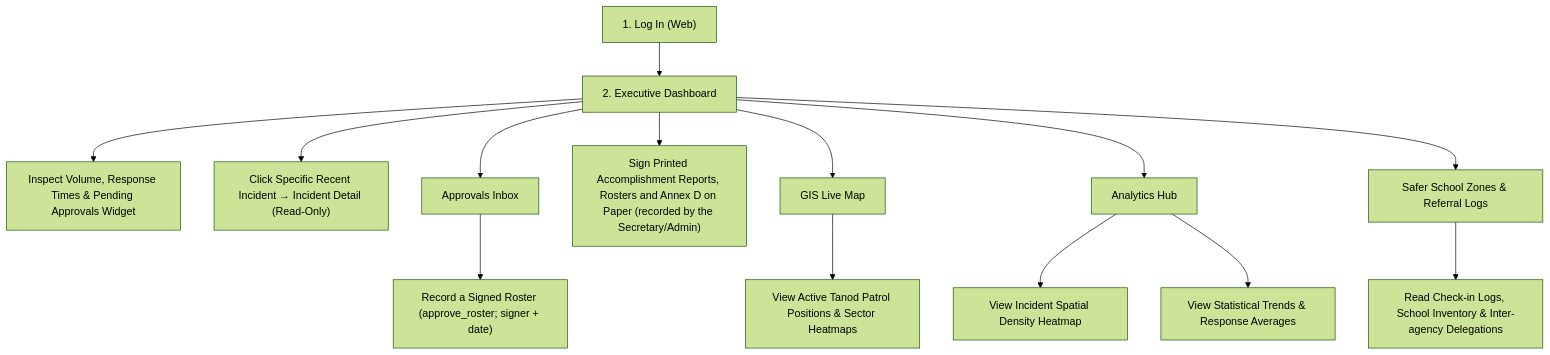
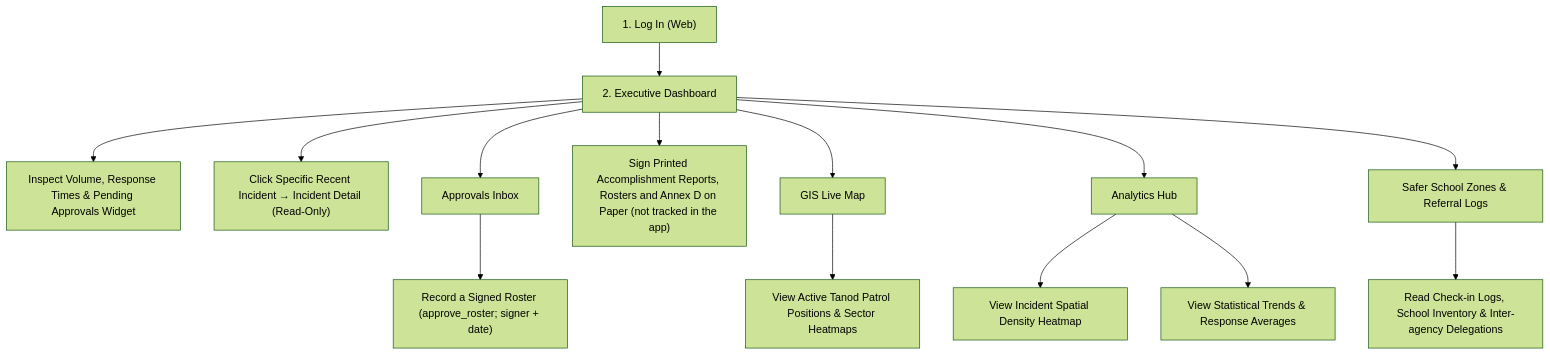
The third of 13 diagrams in docs/WORKFLOWS_AND_RULES.md (jpbuenosaires/Baranguard), drawn with Mermaid (forest theme) before and after one commit. The commit also changed other lines of this file and 7 other files, not shown here.

````diff
--- a/docs/WORKFLOWS_AND_RULES.md
+++ b/docs/WORKFLOWS_AND_RULES.md
@@ -141,21 +141,21 @@
 ```mermaid
 flowchart TD
     Login["1. Log In (Web)"] --> Dash["2. Executive Dashboard"]
     
     Dash --> ViewKPI["Inspect Volume, Response Times & Pending Approvals Widget"]
     Dash --> ClickInc["Click Specific Recent Incident → Incident Detail (Read-Only)"]
     
     Dash --> ApprInbox["Approvals Inbox"]
     ApprInbox --> PubRoster["Record a Signed Roster (approve_roster; signer + date)"]
-    Dash --> SignPaper["Sign Printed Accomplishment Reports, Rosters and Annex D on Paper (recorded by the Secretary/Admin)"]
+    Dash --> SignPaper["Sign Printed Accomplishment Reports, Rosters and Annex D on Paper (not tracked in the app)"]
 
     Dash --> GIS["GIS Live Map"]
     GIS --> MonitorPatrols["View Active Tanod Patrol Positions & Sector Heatmaps"]
 
     Dash --> Analytics["Analytics Hub"]
     Analytics --> Heatmap["View Incident Spatial Density Heatmap"]
     Analytics --> Stats["View Statistical Trends & Response Averages"]
 
     Dash --> SchoolLog["Safer School Zones & Referral Logs"]
     SchoolLog --> ReviewLogs["Read Check-in Logs, School Inventory & Inter-agency Delegations"]
 ```
````
